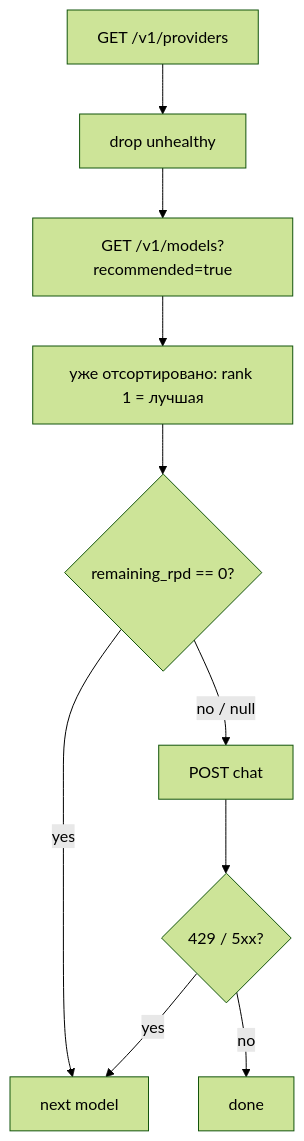
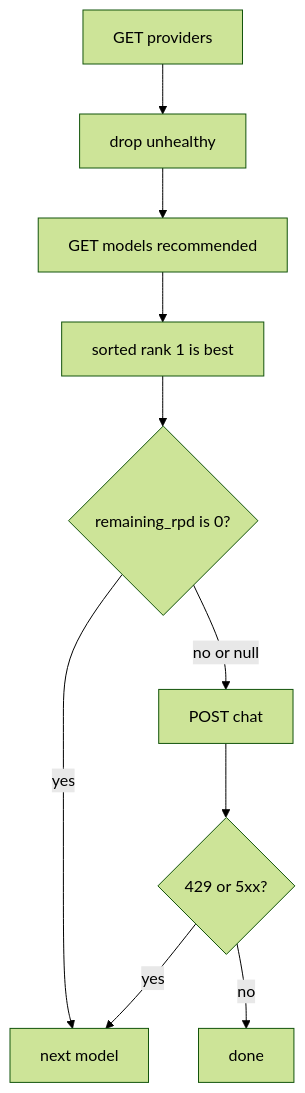
Before and after one commit to DaniilPodruchnyMgtuIu6/llm-proxy: the ninth of 10 diagrams in docs/architecture.md, drawn with Mermaid (forest theme). The commit also changed other lines of this file and 4 other files, not shown here.

Commit message:
Add Mermaid architecture viewer at /architecture.

````diff
--- a/docs/architecture.md
+++ b/docs/architecture.md
@@ -212,12 +216,12 @@
 ```mermaid
 flowchart TD
-  A[GET /v1/providers] --> B[drop unhealthy]
-  B --> C[GET /v1/models?recommended=true]
-  C --> D[уже отсортировано: rank 1 = лучшая]
-  D --> E{remaining_rpd == 0?}
+  A[GET providers] --> B[drop unhealthy]
+  B --> C[GET models recommended]
+  C --> D[sorted rank 1 is best]
+  D --> E{remaining_rpd is 0?}
   E -->|yes| F[next model]
-  E -->|no / null| G[POST chat]
-  G --> H{429 / 5xx?}
+  E -->|no or null| G[POST chat]
+  G --> H{429 or 5xx?}
   H -->|yes| F
   H -->|no| I[done]
 ```
````
